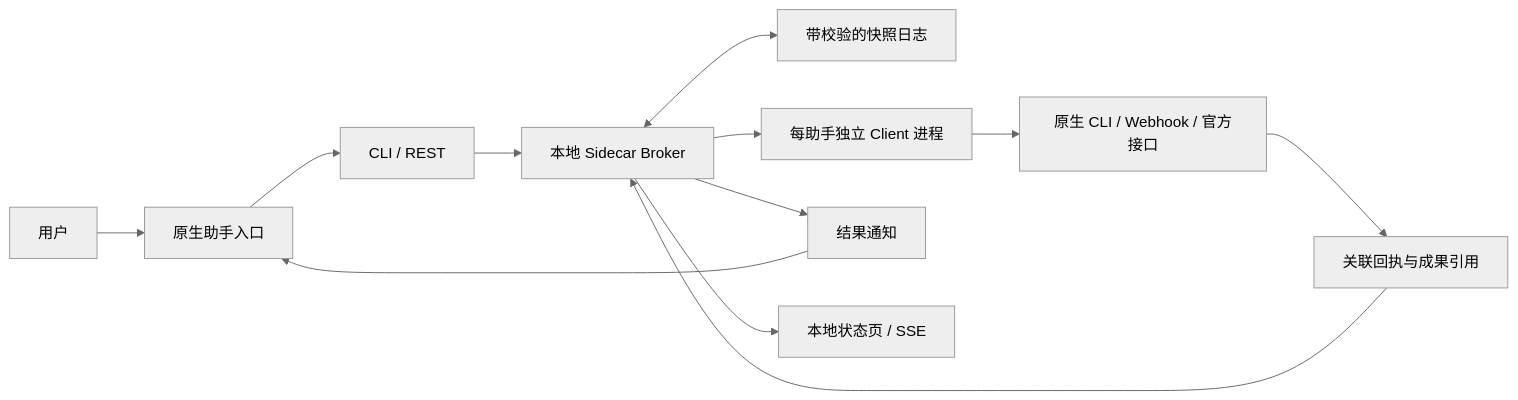
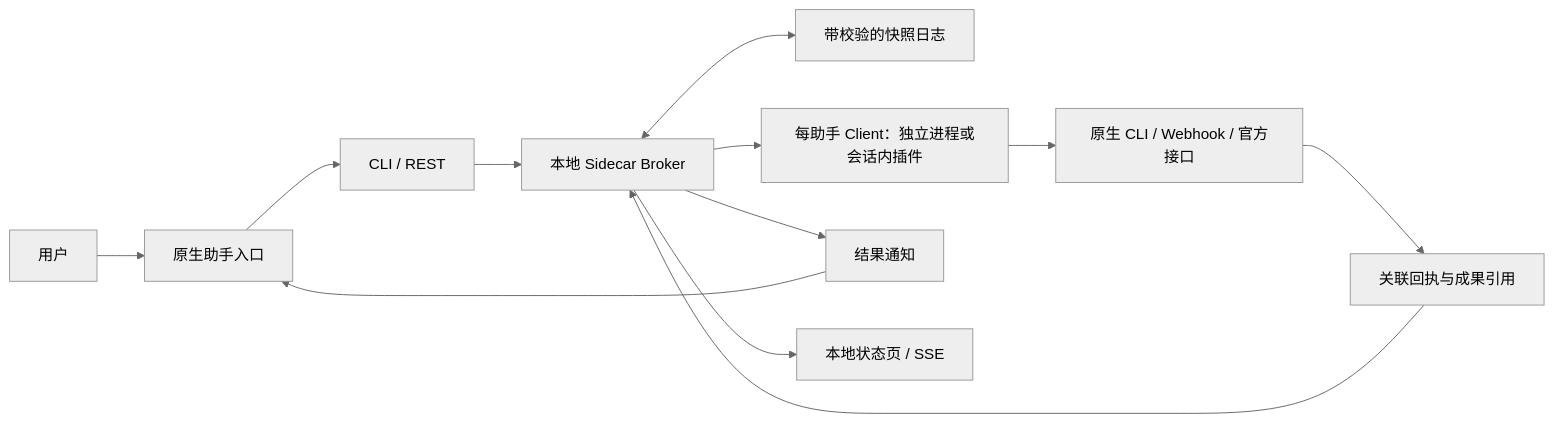
The diagram in README.md (OdysseusC/AGI-hub), drawn with Mermaid (neutral theme) before and after one commit. The commit also changed other lines of this file and 31 other files, not shown here.

Commit message:
Add native Claude Code session client and verified recovery flow

````diff
--- a/README.md
+++ b/README.md
@@ -42,14 +44,14 @@
 ```mermaid
 flowchart LR
     User[用户] --> Entry[原生助手入口]
     Entry --> API[CLI / REST]
     API --> Broker[本地 Sidecar Broker]
     Broker <--> Journal[带校验的快照日志]
-    Broker --> Client[每助手独立 Client 进程]
+    Broker --> Client[每助手 Client：独立进程或会话内插件]
     Client --> Native[原生 CLI / Webhook / 官方接口]
     Native --> Report[关联回执与成果引用]
     Report --> Broker
     Broker --> Result[结果通知]
     Result --> Entry
     Broker --> View[本地状态页 / SSE]
 ```
````
